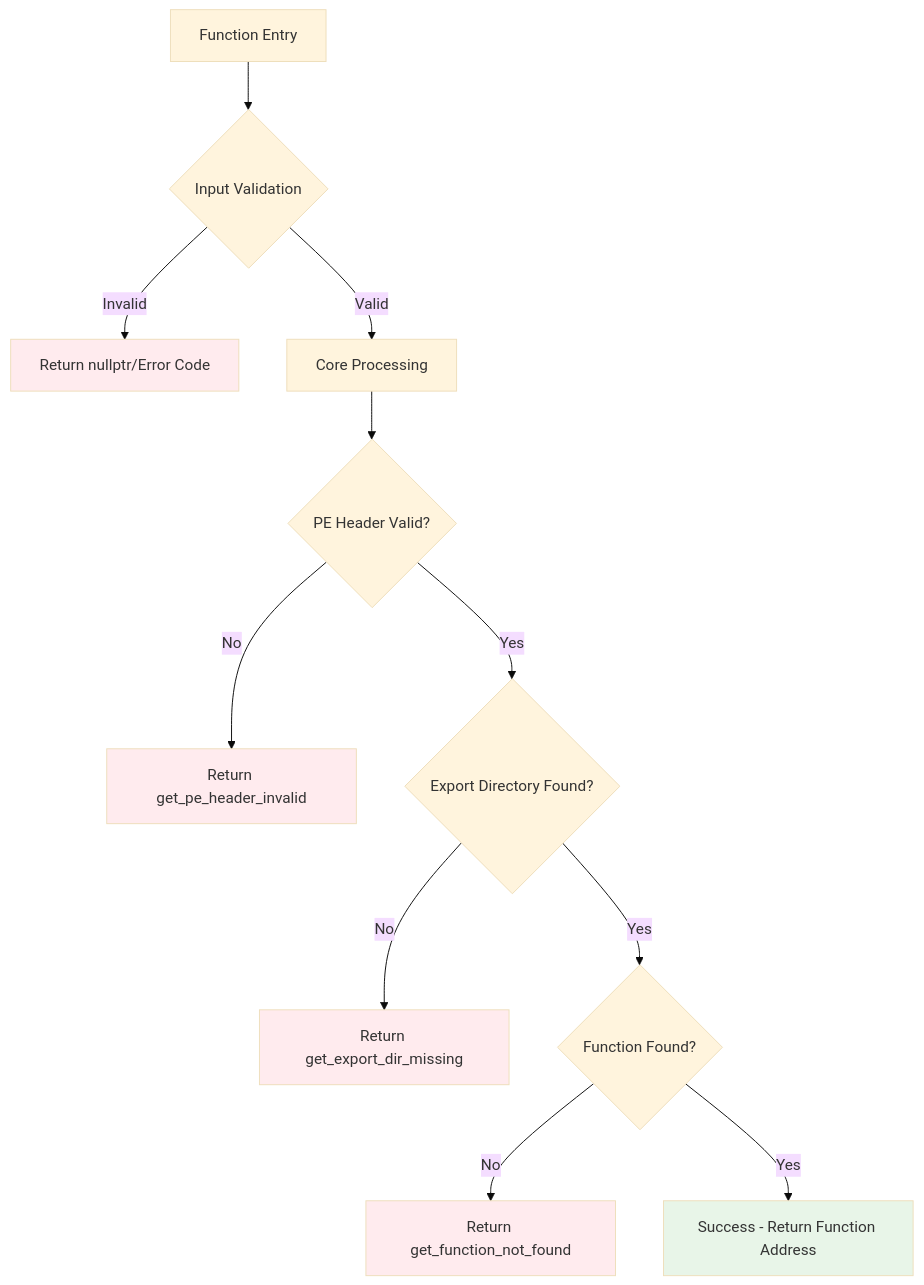
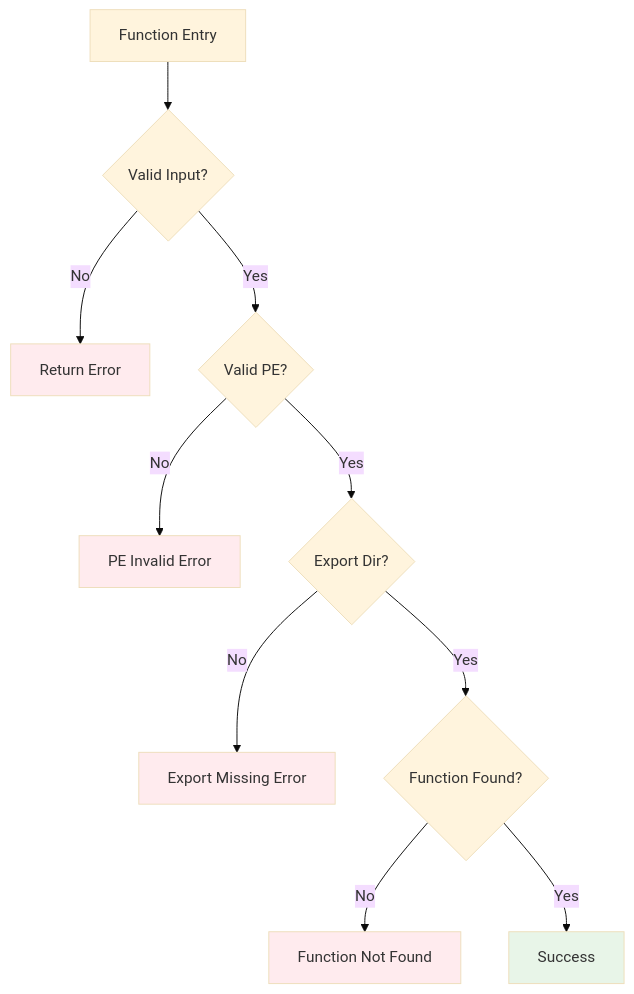
The eighth of 11 diagrams in diagrams.md (usuiWind/Windows-Import-Resolver), drawn with Mermaid (base theme) before and after one commit. The commit also changed other lines of this file, not shown here.

````diff
--- a/diagrams.md
+++ b/diagrams.md
@@ -234,19 +170,18 @@
 ```mermaid
 flowchart TD
-    A[Function Entry] --> B{Input Validation}
-    B -->|Invalid| C[Return nullptr/Error Code]
-    B -->|Valid| D[Core Processing]
-    D --> E{PE Header Valid?}
-    E -->|No| F[Return get_pe_header_invalid]
-    E -->|Yes| G{Export Directory Found?}
-    G -->|No| H[Return get_export_dir_missing]
-    G -->|Yes| I{Function Found?}
-    I -->|No| J[Return get_function_not_found]
-    I -->|Yes| K[Success - Return Function Address]
+    A[Function Entry] --> B{Valid Input?}
+    B -->|No| C[Return Error]
+    B -->|Yes| D{Valid PE?}
+    D -->|No| E[PE Invalid Error]
+    D -->|Yes| F{Export Dir?}
+    F -->|No| G[Export Missing Error]
+    F -->|Yes| H{Function Found?}
+    H -->|No| I[Function Not Found]
+    H -->|Yes| J[Success]
     
     style C fill:#ffebee
-    style F fill:#ffebee
-    style H fill:#ffebee
-    style J fill:#ffebee
-    style K fill:#e8f5e8
+    style E fill:#ffebee
+    style G fill:#ffebee
+    style I fill:#ffebee
+    style J fill:#e8f5e8
 ```
````
